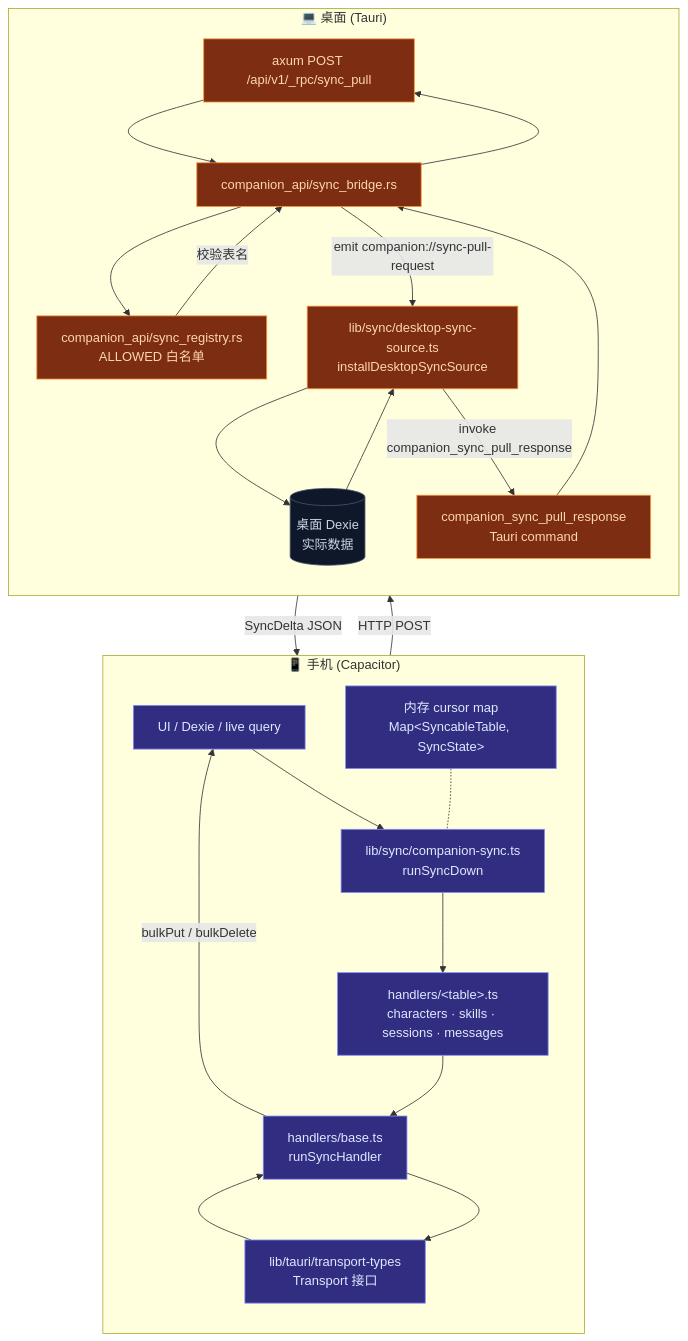
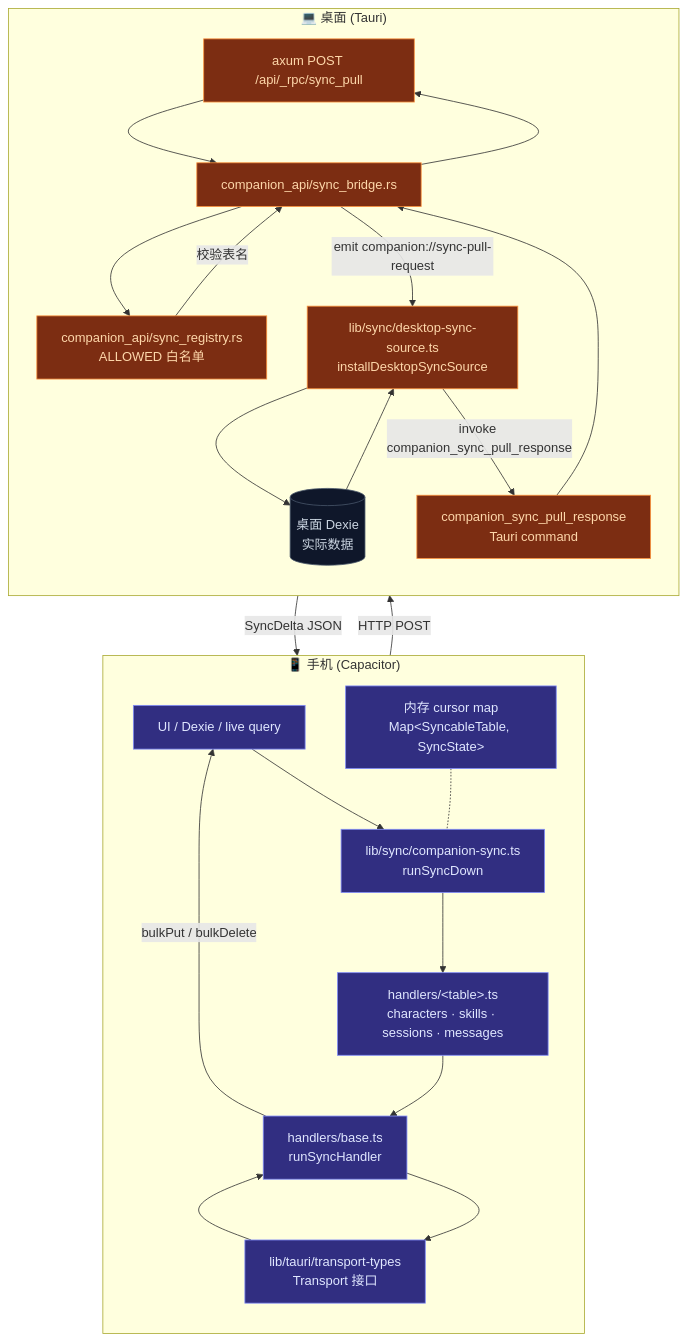
Before and after one commit to MaxQian888/cognia-next: the first of 2 diagrams in docs/content/docs/zh/data/sync-system.mdx, drawn with Mermaid. The commit also changed other lines of this file and 101 other files, not shown here.

Commit message:
docs: synchronize architecture and subsystem references

````diff
--- a/docs/content/docs/zh/data/sync-system.mdx
+++ b/docs/content/docs/zh/data/sync-system.mdx
@@ -21,48 +21,48 @@
 ```mermaid
 flowchart TB
   subgraph Phone["📱 手机 (Capacitor)"]
     direction TB
     PhoneUI[UI / Dexie / live query]
     PhoneSync[lib/sync/companion-sync.ts<br/>runSyncDown]
     Handlers[handlers/&lt;table&gt;.ts<br/>characters · skills · sessions · messages]
     Base[handlers/base.ts<br/>runSyncHandler]
     Transport[lib/tauri/transport-types<br/>Transport 接口]
     Cursors[内存 cursor map<br/>Map&lt;SyncableTable, SyncState&gt;]
   end
 
   subgraph Desktop["💻 桌面 (Tauri)"]
     direction TB
-    DeskHTTP[axum POST /api/v1/_rpc/sync_pull]
+    DeskHTTP[axum POST /api/_rpc/sync_pull]
     Bridge[companion_api/sync_bridge.rs]
     Registry[companion_api/sync_registry.rs<br/>ALLOWED 白名单]
     Source[lib/sync/desktop-sync-source.ts<br/>installDesktopSyncSource]
     Dexie[(桌面 Dexie<br/>实际数据)]
     RespCmd[companion_sync_pull_response<br/>Tauri command]
   end
 
   PhoneUI --> PhoneSync
   PhoneSync --> Handlers
   Handlers --> Base
   Base --> Transport
   Transport -- "HTTP POST" --> DeskHTTP
   DeskHTTP --> Bridge
   Bridge --> Registry
   Registry -- "校验表名" --> Bridge
   Bridge -- "emit companion://sync-pull-request" --> Source
   Source --> Dexie
   Dexie --> Source
   Source -- "invoke companion_sync_pull_response" --> RespCmd
   RespCmd --> Bridge
   Bridge --> DeskHTTP
   DeskHTTP -- "SyncDelta JSON" --> Transport
   Transport --> Base
   Base -- "bulkPut / bulkDelete" --> PhoneUI
   Cursors -.- PhoneSync
 
   classDef phone fill:#312e81,stroke:#818cf8,color:#e0e7ff
   classDef desk fill:#7c2d12,stroke:#fb923c,color:#fed7aa
   classDef storage fill:#0f172a,stroke:#475569,color:#cbd5e1
   class PhoneUI,PhoneSync,Handlers,Base,Transport,Cursors phone
   class DeskHTTP,Bridge,Registry,Source,RespCmd desk
   class Dexie storage
 ```
````
